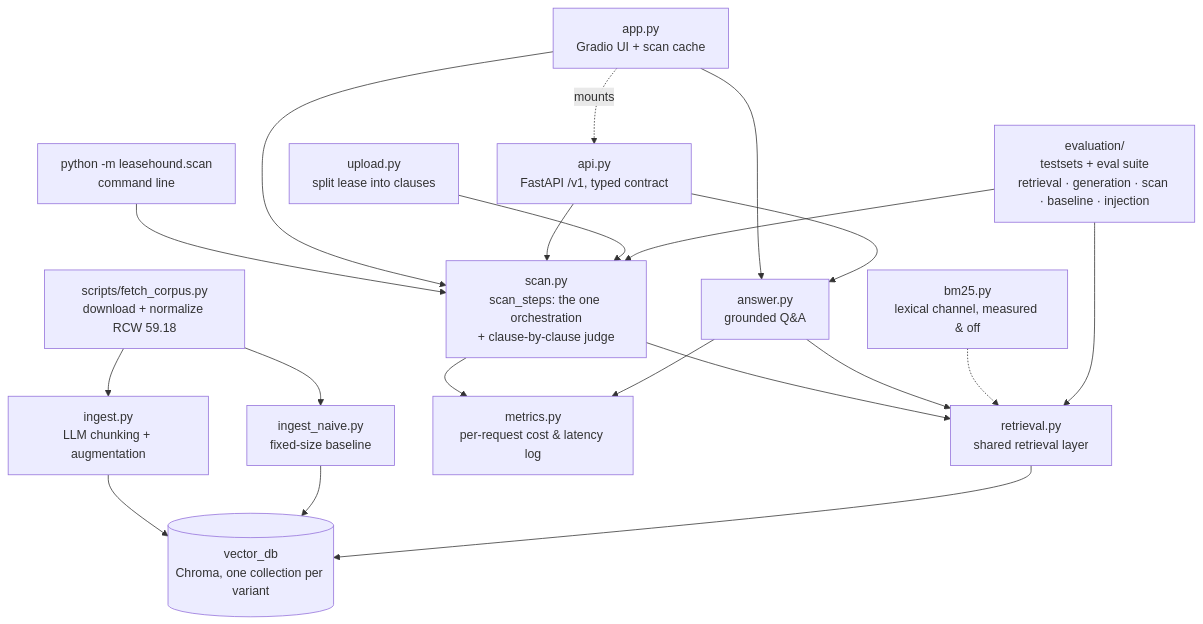
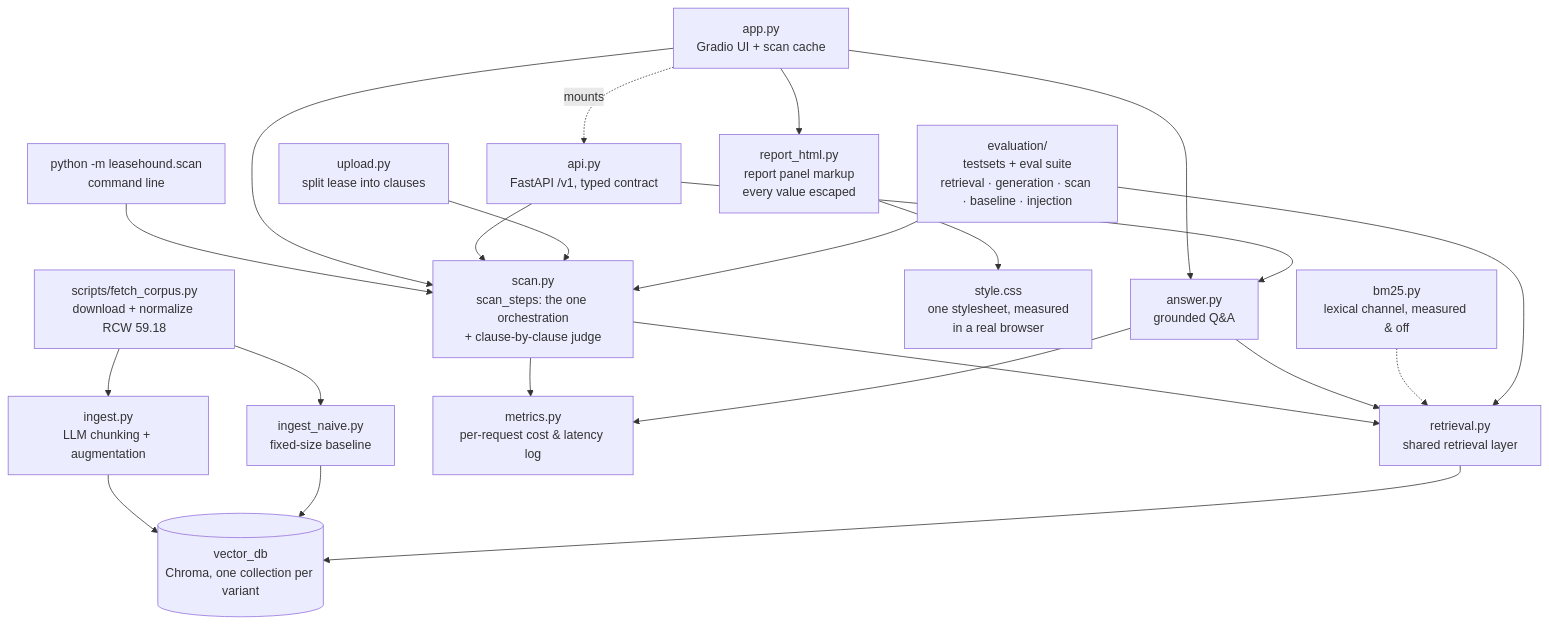
Before and after one commit to tywangq/leasehound: the diagram in README.md, drawn with Mermaid. The commit also changed other lines of this file and 4 other files, not shown here.

````diff
--- a/README.md
+++ b/README.md
@@ -67,23 +67,25 @@
 ```mermaid
 graph TD
     FETCH["scripts/fetch_corpus.py<br>download + normalize RCW 59.18"] --> INGEST["ingest.py<br>LLM chunking + augmentation"]
     FETCH --> NAIVE["ingest_naive.py<br>fixed-size baseline"]
     INGEST --> DB[("vector_db<br>Chroma, one collection per variant")]
     NAIVE --> DB
 
     CLI["python -m leasehound.scan<br>command line"] --> SCAN["scan.py<br>scan_steps: the one orchestration<br>+ clause-by-clause judge"]
     APP["app.py<br>Gradio UI + scan cache"] --> SCAN
+    APP --> HTML["report_html.py<br>report panel markup<br>every value escaped"]
+    HTML --> CSS["style.css<br>one stylesheet, measured<br>in a real browser"]
     API["api.py<br>FastAPI /v1, typed contract"] --> SCAN
     APP -.->|mounts| API
     APP --> ANSWER["answer.py<br>grounded Q&A"]
     API --> ANSWER
     UPLOAD["upload.py<br>split lease into clauses"] --> SCAN
     SCAN --> METRICS["metrics.py<br>per-request cost & latency log"]
     ANSWER --> METRICS
     SCAN --> RETRIEVAL["retrieval.py<br>shared retrieval layer"]
     ANSWER --> RETRIEVAL
     BM25["bm25.py<br>lexical channel, measured & off"] -.-> RETRIEVAL
     EVAL["evaluation/<br>testsets + eval suite<br>retrieval · generation · scan · baseline · injection"] --> RETRIEVAL
     EVAL --> SCAN
     RETRIEVAL --> DB
 ```
````
